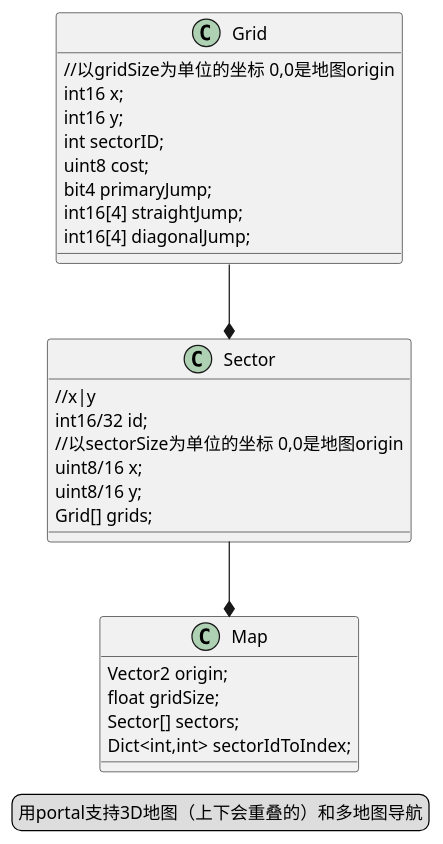
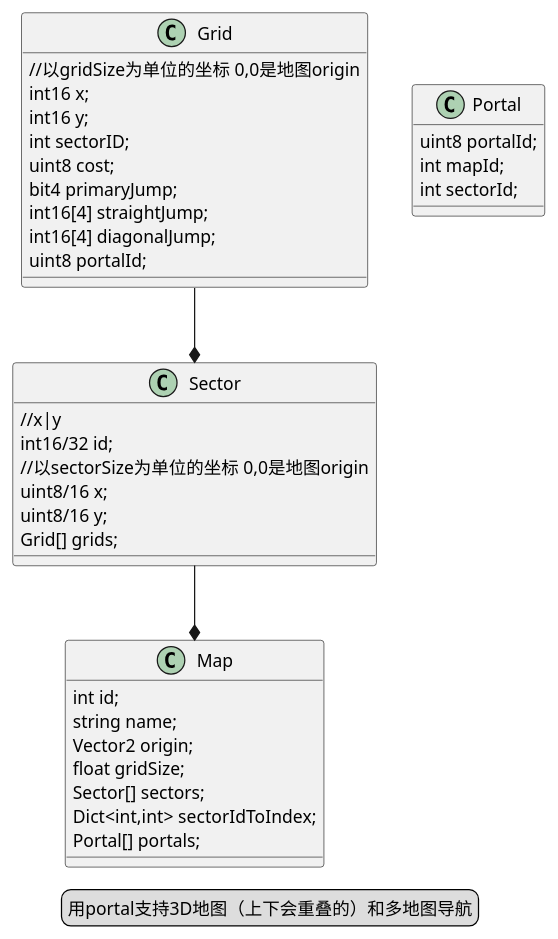
The diagram in Assets/UML/JPS+/Classes.puml (viGer-CN/Tile-Based-Search), drawn with PlantUML before and after one commit.

```diff
--- a/Assets/UML/JPS+/Classes.puml
+++ b/Assets/UML/JPS+/Classes.puml
@@ -1,35 +1,47 @@
 @startuml
 'https://plantuml.com/class-diagram
 
 class Grid{
     //以gridSize为单位的坐标 0,0是地图origin
     int16 x;
     int16 y;
     int sectorID;
     uint8 cost;
     bit4 primaryJump;
     int16[4] straightJump; 
     int16[4] diagonalJump;
+    uint8 portalId;
 }
+
 Grid --*Sector
 
 class Sector{
     //x|y
     int16/32 id; 
     //以sectorSize为单位的坐标 0,0是地图origin
     uint8/16 x; 
     uint8/16 y;
     Grid[] grids;
 }
 Sector --*Map
 
 class Map{
+    int id;
+    string name;
     Vector2 origin;
     float gridSize;
     Sector[] sectors;
     Dict<int,int> sectorIdToIndex;
+    Portal[] portals;
+}
+
+class Portal
+{
+    uint8 portalId;
+    int mapId;
+    int sectorId;
 }
 
 legend 用portal支持3D地图（上下会重叠的）和多地图导航
 
 @enduml
```
